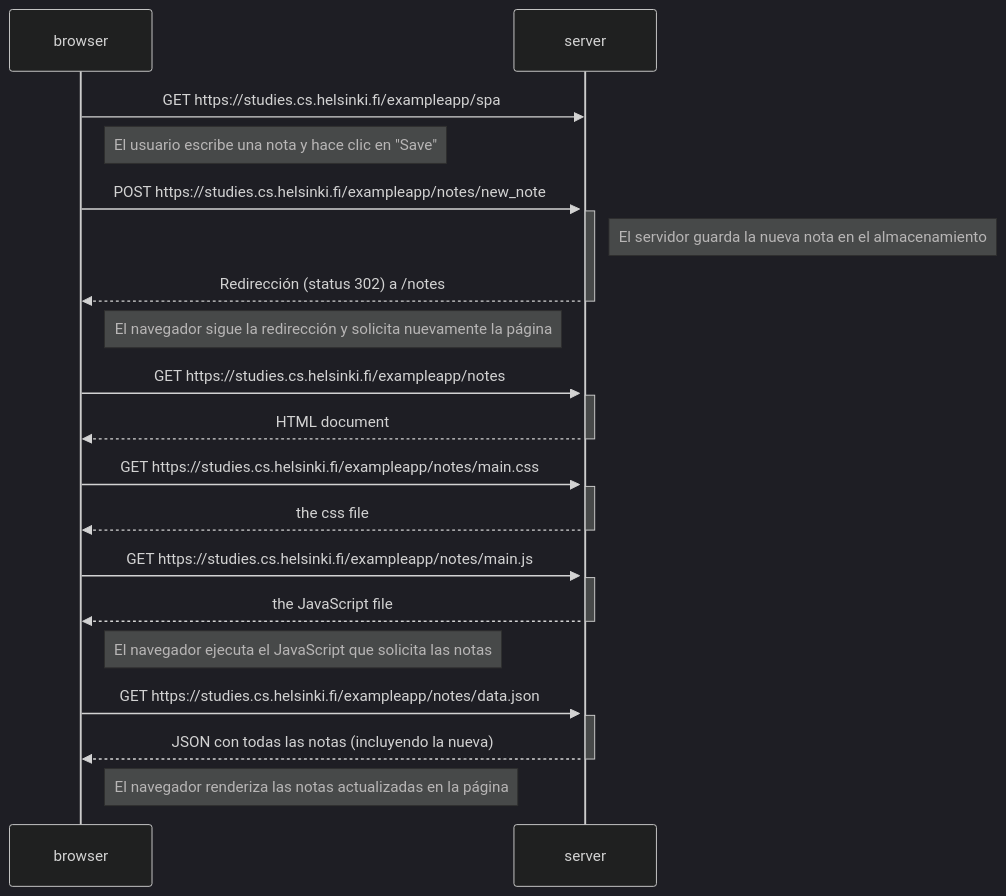
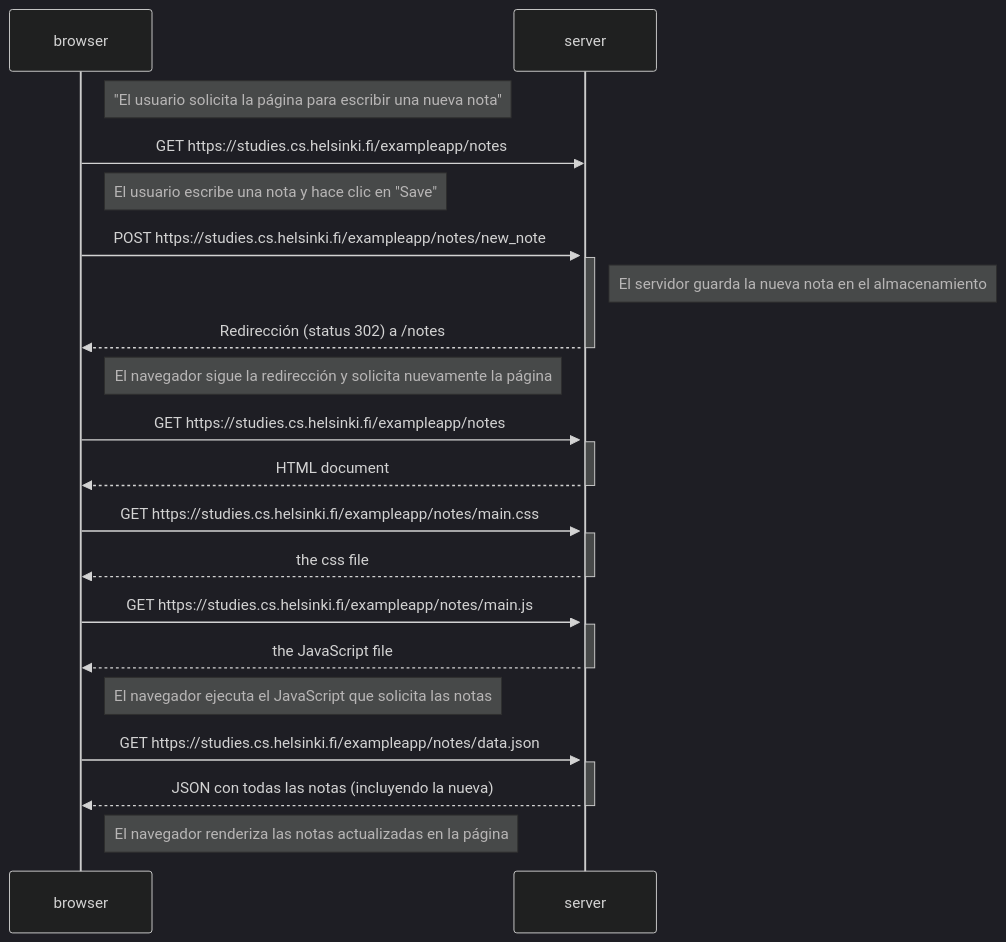
Before and after one commit to mauroperez055/fullstack-open-exercises: the diagram in part0/0.4.md, drawn with Mermaid (dark theme).

Commit message:
Actualizo contenido del ejercicio 0.4

````diff
--- a/part0/0.4.md
+++ b/part0/0.4.md
@@ -4,43 +4,45 @@
 ```mermaid
 sequenceDiagram
     participant browser
     participant server
 
-    browser->>server: GET https://studies.cs.helsinki.fi/exampleapp/spa
+    Note right of browser: "El usuario solicita la página para escribir una nueva nota"
+    browser->>server: GET https://studies.cs.helsinki.fi/exampleapp/notes
     activate server
-    
+
+
 
     Note right of browser: El usuario escribe una nota y hace clic en "Save"
 
     browser->>server: POST https://studies.cs.helsinki.fi/exampleapp/notes/new_note
     activate server
     Note right of server: El servidor guarda la nueva nota en el almacenamiento
     server-->>browser: Redirección (status 302) a /notes
     deactivate server
 
     Note right of browser: El navegador sigue la redirección y solicita nuevamente la página
 
     browser->>server: GET https://studies.cs.helsinki.fi/exampleapp/notes
     activate server
     server-->>browser: HTML document
     deactivate server
 
     browser->>server: GET https://studies.cs.helsinki.fi/exampleapp/notes/main.css
     activate server
     server-->>browser: the css file
     deactivate server
 
     browser->>server: GET https://studies.cs.helsinki.fi/exampleapp/notes/main.js
     activate server
     server-->>browser: the JavaScript file
     deactivate server
 
     Note right of browser: El navegador ejecuta el JavaScript que solicita las notas
 
     browser->>server: GET https://studies.cs.helsinki.fi/exampleapp/notes/data.json
     activate server
     server-->>browser: JSON con todas las notas (incluyendo la nueva)
     deactivate server
 
     Note right of browser: El navegador renderiza las notas actualizadas en la página
 ```
````
